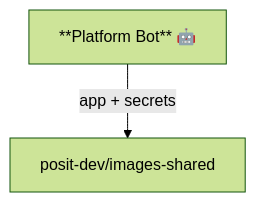
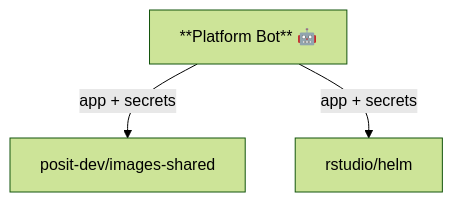
One commit to posit-dev/images-shared changed the fifth of 5 diagrams in pulumi/github/github-apps/README.md. Above: the diagram before and after it, drawn with Mermaid (forest theme). The commit also changed other lines of this file and 1 other file, not shown here.

First line of the commit message:
Add platform-bot to rstudio/helm

````diff
--- a/pulumi/github/github-apps/README.md
+++ b/pulumi/github/github-apps/README.md
@@ -87,6 +88,7 @@
 ```mermaid
 graph TD
     BOT["**Platform Bot** 🤖"]
 
     BOT -->|app + secrets| IS["posit-dev/images-shared"]
+    BOT -->|app + secrets| HELM["rstudio/helm"]
 ```
````
